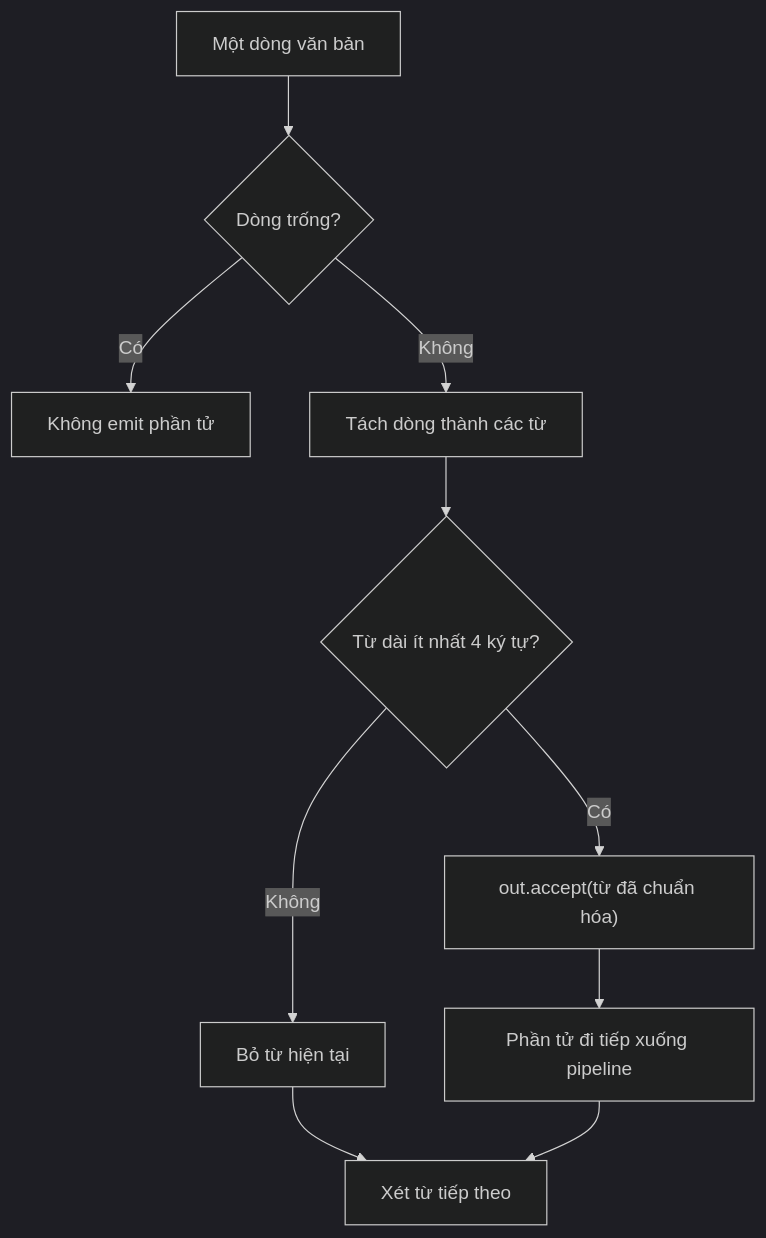
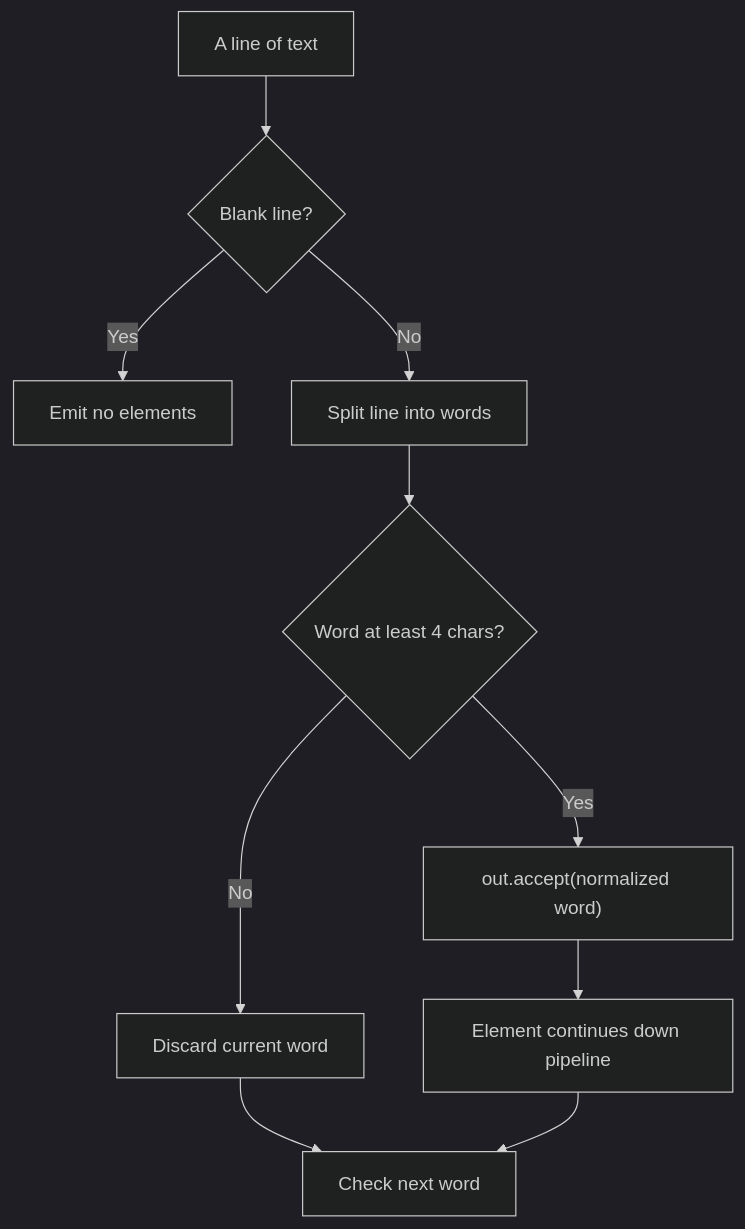
The diagram in module/platform/development/programming/language/java/core/stream-api/content/knowledge/en/6.filtering-and-transformation/filtering-and-transformation-004.md (phuongnguyenit93/learning-platform-data), drawn with Mermaid (dark theme) before and after one commit. The commit also changed other lines of this file and 2307 other files, not shown here.

```diff
--- a/module/platform/development/programming/language/java/core/stream-api/content/knowledge/en/6.filtering-and-transformation/filtering-and-transformation-004.md
+++ b/module/platform/development/programming/language/java/core/stream-api/content/knowledge/en/6.filtering-and-transformation/filtering-and-transformation-004.md
@@ -129,12 +129,12 @@
 ~~~mermaid
 flowchart TD
-    A["Một dòng văn bản"] --> B{"Dòng trống?"}
-    B -->|Có| C["Không emit phần tử"]
-    B -->|Không| D["Tách dòng thành các từ"]
-    D --> E{"Từ dài ít nhất 4 ký tự?"}
-    E -->|Không| F["Bỏ từ hiện tại"]
-    E -->|Có| G["out.accept(từ đã chuẩn hóa)"]
-    G --> H["Phần tử đi tiếp xuống pipeline"]
-    F --> I["Xét từ tiếp theo"]
+    A["A line of text"] --> B{"Blank line?"}
+    B -->|Yes| C["Emit no elements"]
+    B -->|No| D["Split line into words"]
+    D --> E{"Word at least 4 chars?"}
+    E -->|No| F["Discard current word"]
+    E -->|Yes| G["out.accept(normalized word)"]
+    G --> H["Element continues down pipeline"]
+    F --> I["Check next word"]
     H --> I
 ~~~
```
